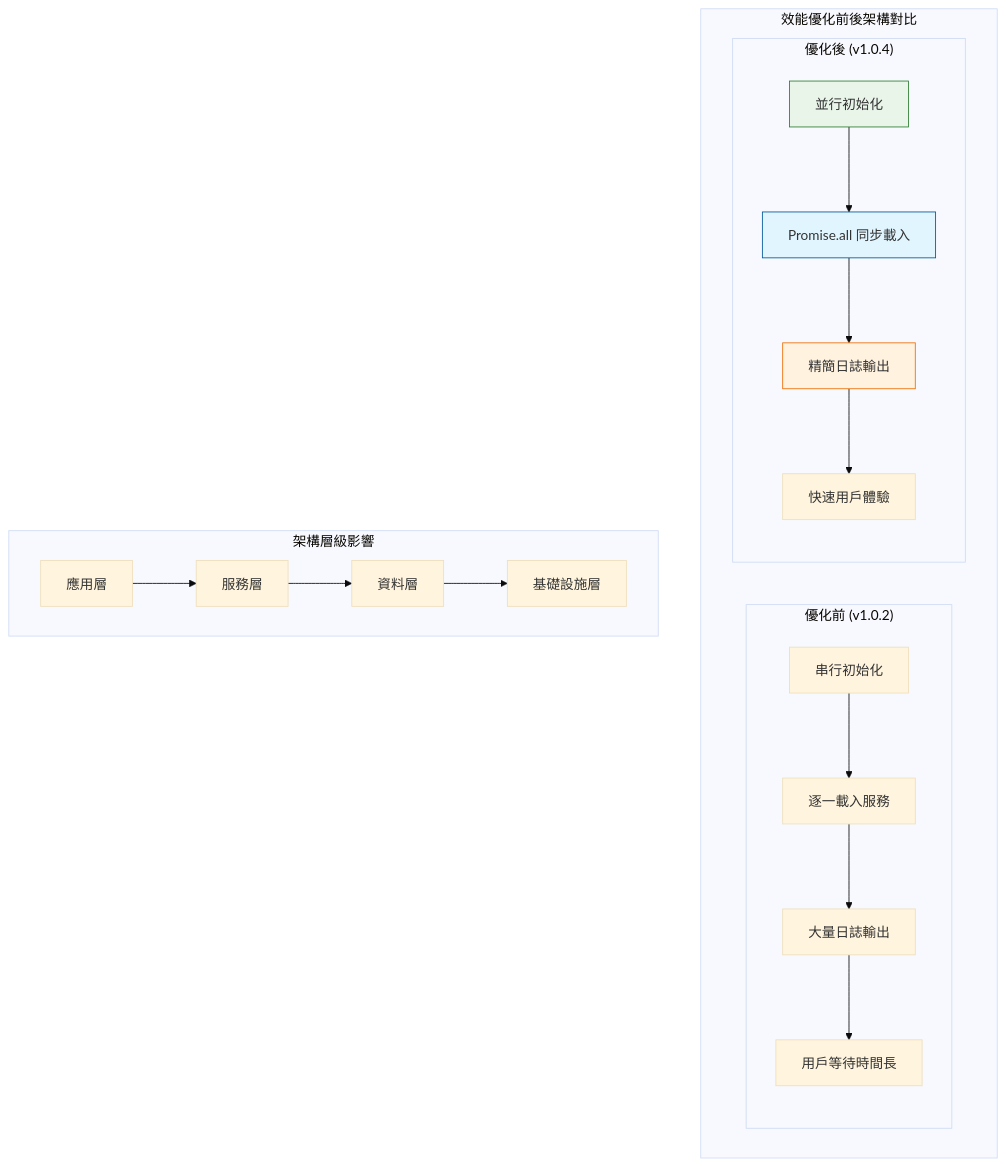
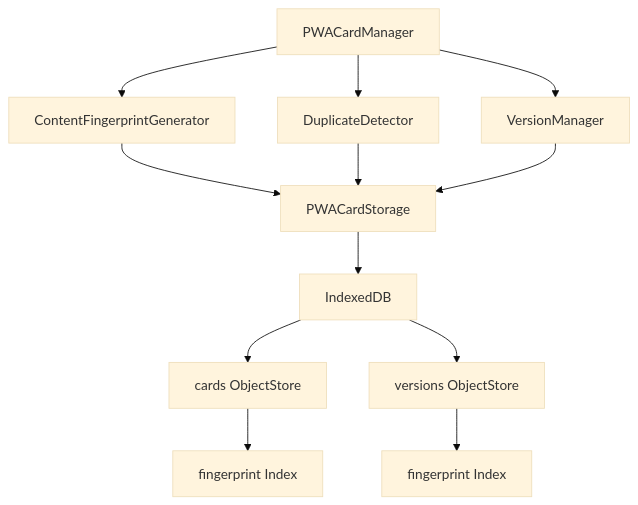
The first of 2 diagrams in docs/design.md (iim0663418/DB-Card), drawn with Mermaid (base theme) before and after one commit. The commit also changed other lines of this file and 72 other files, not shown here.

````diff
--- a/docs/design.md
+++ b/docs/design.md
@@ -17,26 +19,17 @@
 ```mermaid
 graph TB
-    subgraph "效能優化前後架構對比"
-        subgraph "優化前 (v1.0.2)"
-            A1[串行初始化] --> B1[逐一載入服務]
-            B1 --> C1[大量日誌輸出]
-            C1 --> D1[用戶等待時間長]
-        end
-        
-        subgraph "優化後 (v1.0.4)"
-            A2[並行初始化] --> B2[Promise.all 同步載入]
-            B2 --> C2[精簡日誌輸出]
-            C2 --> D2[快速用戶體驗]
-        end
-    end
+    A[PWACardManager] --> B[ContentFingerprintGenerator]
+    A --> C[DuplicateDetector] 
+    A --> D[VersionManager]
     
-    subgraph "架構層級影響"
-        E[應用層] --> F[服務層]
-        F --> G[資料層]
-        G --> H[基礎設施層]
-    end
+    B --> E[PWACardStorage]
+    C --> E
+    D --> E
     
-    style A2 fill:#e8f5e8,stroke:#2e7d32
-    style B2 fill:#e1f5fe,stroke:#01579b
-    style C2 fill:#fff3e0,stroke:#ef6c00
+    E --> F[IndexedDB]
+    F --> G[cards ObjectStore]
+    F --> H[versions ObjectStore]
+    
+    G --> I[fingerprint Index]
+    H --> J[fingerprint Index]
 ```
````
